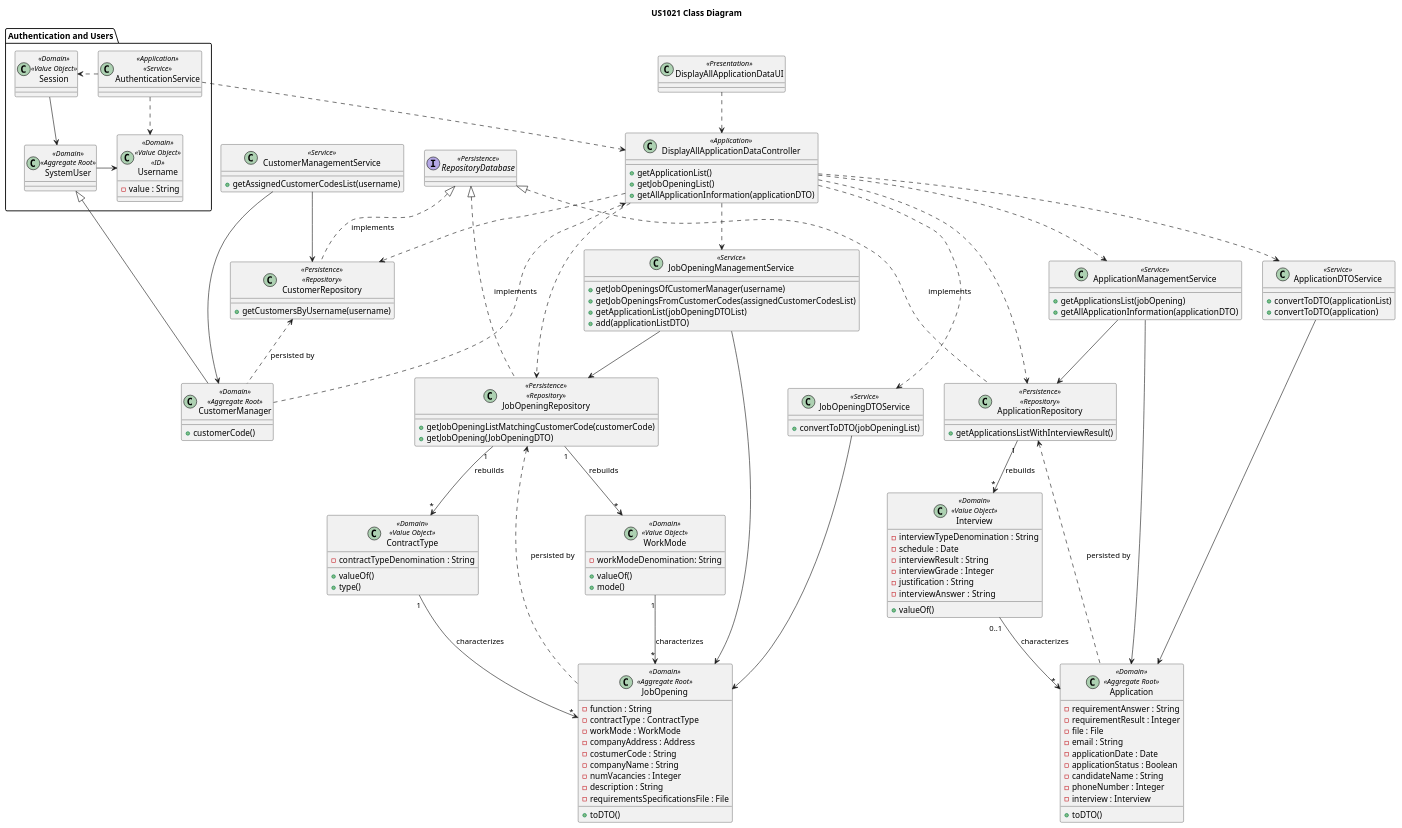
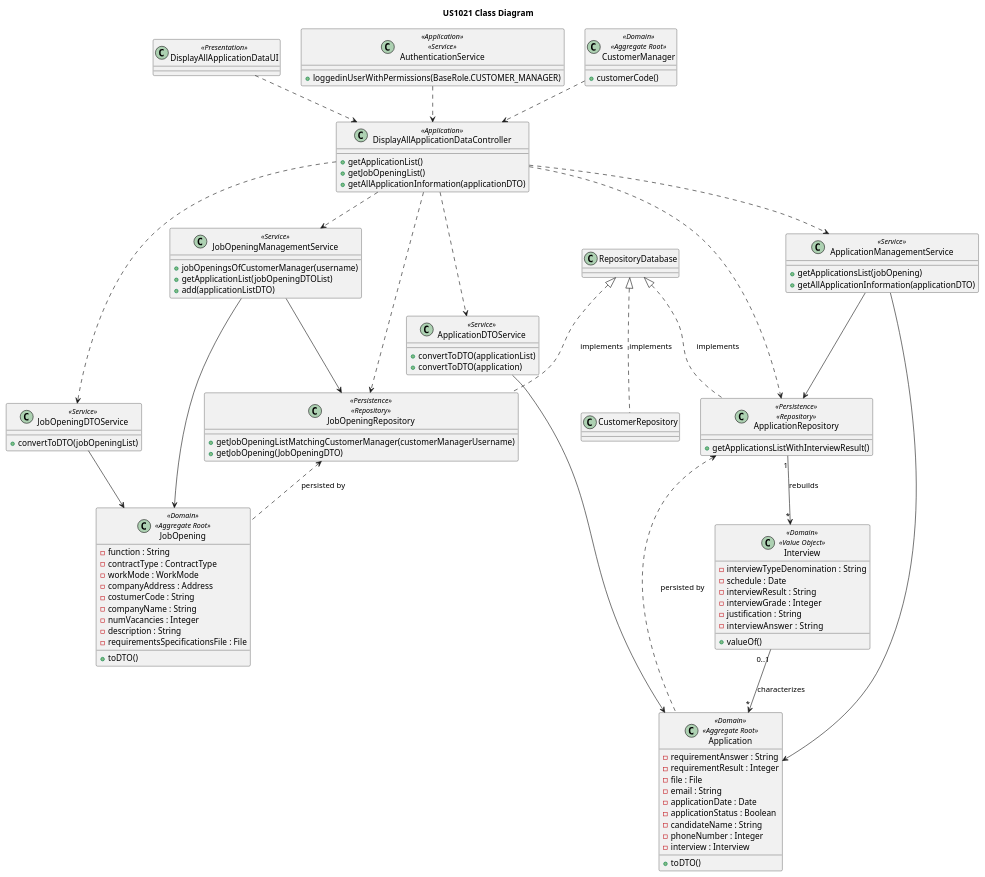
One commit to rita-barbosa/LAPR4-2324 changed the diagram in docs/sprint-c/us_1021/CD/US1021_CD.puml. Above: the diagram before and after it, drawn with PlantUML. The commit also changed 1 other file, not shown here.

Commit message:
docs: updates class diagram of us1021.
(part related to get the job opening list)

[#213]

```diff
--- a/docs/sprint-c/us_1021/CD/US1021_CD.puml
+++ b/docs/sprint-c/us_1021/CD/US1021_CD.puml
@@ -1,175 +1,130 @@
 @startuml US1021_CD
 title US1021 Class Diagram
 
 'package "Presentation" {
     class DisplayAllApplicationDataUI <<Presentation>> {
     }
 '}
 
 'package "Application" {
     class DisplayAllApplicationDataController <<Application>> {
         + getApplicationList()
         + getJobOpeningList()
         + getAllApplicationInformation(applicationDTO)
     }
 '}
 
 class JobOpeningManagementService <<Service>> {
-    + getJobOpeningsOfCustomerManager(username)
-    + getJobOpeningsFromCustomerCodes(assignedCustomerCodesList)
+    + jobOpeningsOfCustomerManager(username)
     + getApplicationList(jobOpeningDTOList)
     + add(applicationListDTO)
-}
-
-class CustomerManagementService <<Service>> {
-    + getAssignedCustomerCodesList(username)
 }
 
 class JobOpeningDTOService <<Service>> {
     + convertToDTO(jobOpeningList)
 }
 
 class ApplicationManagementService <<Service>> {
     + getApplicationsList(jobOpening)
     + getAllApplicationInformation(applicationDTO)
 }
 
 class ApplicationDTOService <<Service>> {
     + convertToDTO(applicationList)
     + convertToDTO(application)
 }
 
 
-'package "Domain" {
-    package "Authentication and Users" {
-        class AuthenticationService <<Application>> <<Service>> {
-        }
-        class Session <<Domain>> <<Value Object>> {
-        }
-        class SystemUser <<Domain>> <<Aggregate Root>> {
-        }
-        class Username <<Domain>> <<Value Object>> <<ID>> {
-            - value : String
-        }
+    class AuthenticationService <<Application>> <<Service>> {
+        + loggedinUserWithPermissions(BaseRole.CUSTOMER_MANAGER)
     }
 
     class CustomerManager <<Domain>> <<Aggregate Root>> {
         + customerCode()
     }
 
     class JobOpening <<Domain>> <<Aggregate Root>> {
         - function : String
         - contractType : ContractType
         - workMode : WorkMode
         - companyAddress : Address
         - costumerCode : String
         - companyName : String
         - numVacancies : Integer
         - description : String
         - requirementsSpecificationsFile : File
         + toDTO()
-    }
-
-    class WorkMode <<Domain>> <<Value Object>> {
-        - workModeDenomination: String
-        + valueOf()
-        + mode()
-    }
-
-    class ContractType <<Domain>> <<Value Object>> {
-        - contractTypeDenomination : String
-        + valueOf()
-        + type()
     }
 
     class Application <<Domain>> <<Aggregate Root>> {
         - requirementAnswer : String
         - requirementResult : Integer
         - file : File
         - email : String
         - applicationDate : Date
         - applicationStatus : Boolean
         - candidateName : String
         - phoneNumber : Integer
         - interview : Interview
         + toDTO()
     }
 
     class Interview <<Domain>> <<Value Object>> {
         - interviewTypeDenomination : String
         - schedule : Date
         - interviewResult : String
         - interviewGrade : Integer
         - justification : String
         - interviewAnswer :  String
         + valueOf()
     }
 '}
 
 'package "Persistence" {
     class JobOpeningRepository <<Persistence>> <<Repository>> {
-        + getJobOpeningListMatchingCustomerCode(customerCode)
+        + getJobOpeningListMatchingCustomerManager(customerManagerUsername)
         + getJobOpening(JobOpeningDTO)
-    }
-
-    class CustomerRepository <<Persistence>> <<Repository>> {
-        + getCustomersByUsername(username)
     }
 
     class ApplicationRepository <<Persistence>> <<Repository>> {
         + getApplicationsListWithInterviewResult()
     }
 
-    interface RepositoryDatabase <<Persistence>> {
-    }
 '}
 
 ' Associations
 CustomerManager ..> DisplayAllApplicationDataController
 DisplayAllApplicationDataUI ..> DisplayAllApplicationDataController
 DisplayAllApplicationDataController ..> JobOpeningRepository
 DisplayAllApplicationDataController ..> ApplicationRepository
-DisplayAllApplicationDataController ..> CustomerRepository
 DisplayAllApplicationDataController ..> ApplicationManagementService
 DisplayAllApplicationDataController ..> JobOpeningManagementService
 DisplayAllApplicationDataController ...> JobOpeningDTOService
 DisplayAllApplicationDataController ..> ApplicationDTOService
 
 ' Domain Layer
-WorkMode "1" --> "*" JobOpening : characterizes
-ContractType "1" --> "*" JobOpening  : characterizes
 Interview "0..1" --> "*" Application : characterizes
 JobOpeningManagementService --> JobOpeningRepository
 JobOpeningManagementService --> JobOpening
 ApplicationManagementService --> Application
 ApplicationManagementService --> ApplicationRepository
 ApplicationDTOService --> Application
 JobOpeningDTOService --> JobOpening
-CustomerManagementService --> CustomerRepository
-CustomerManagementService --> CustomerManager
 
 ' Persistence Layer
-JobOpeningRepository "1" --> "*" ContractType : rebuilds
-JobOpeningRepository "1" --> "*" WorkMode : rebuilds
 JobOpeningRepository <.. JobOpening : persisted by
 
 ApplicationRepository <.. Application : persisted by
 ApplicationRepository "1" --> "*" Interview : rebuilds
 
-
-CustomerRepository <.. CustomerManager : persisted by
 
 ' Interface implementation
 RepositoryDatabase <|.. JobOpeningRepository : implements
 RepositoryDatabase <|.. ApplicationRepository : implements
 RepositoryDatabase <|.. CustomerRepository : implements
 
 ' Authentication
-Session --> SystemUser
-SystemUser -> Username
-AuthenticationService .> Username
-AuthenticationService .> Session
 AuthenticationService ..> DisplayAllApplicationDataController
-CustomerManager --|> SystemUser
+
 
 @enduml
```
